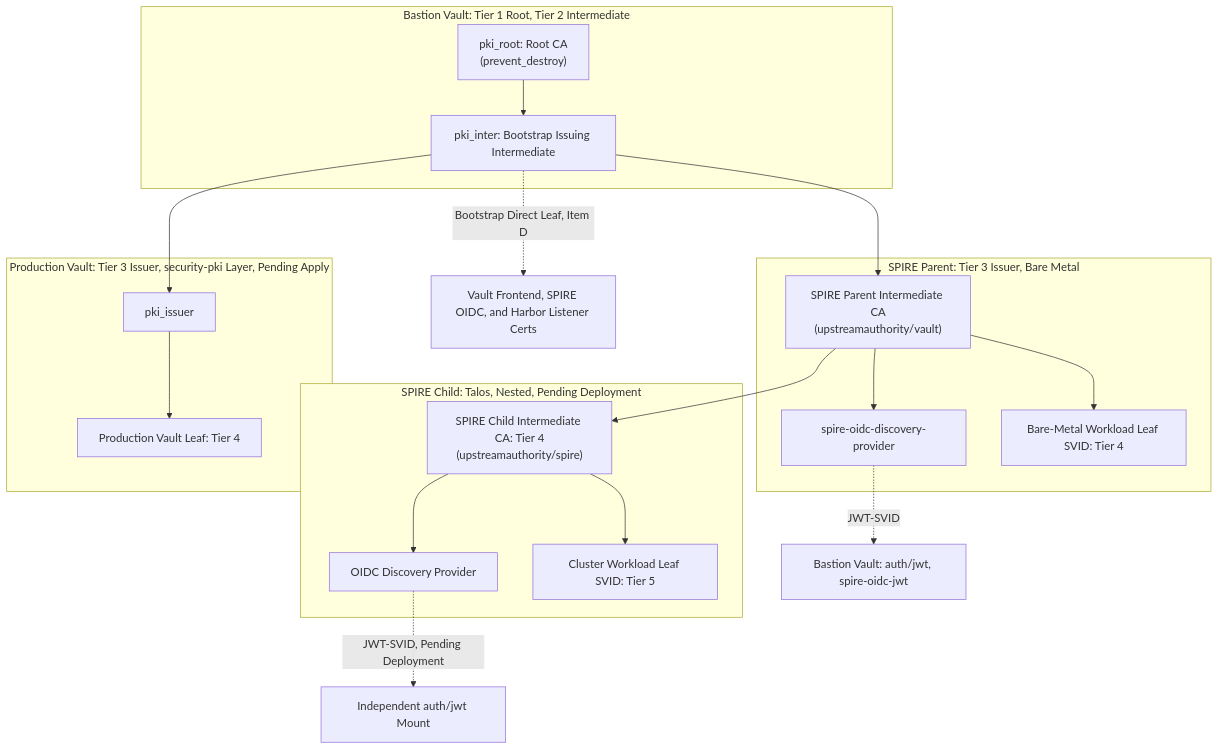
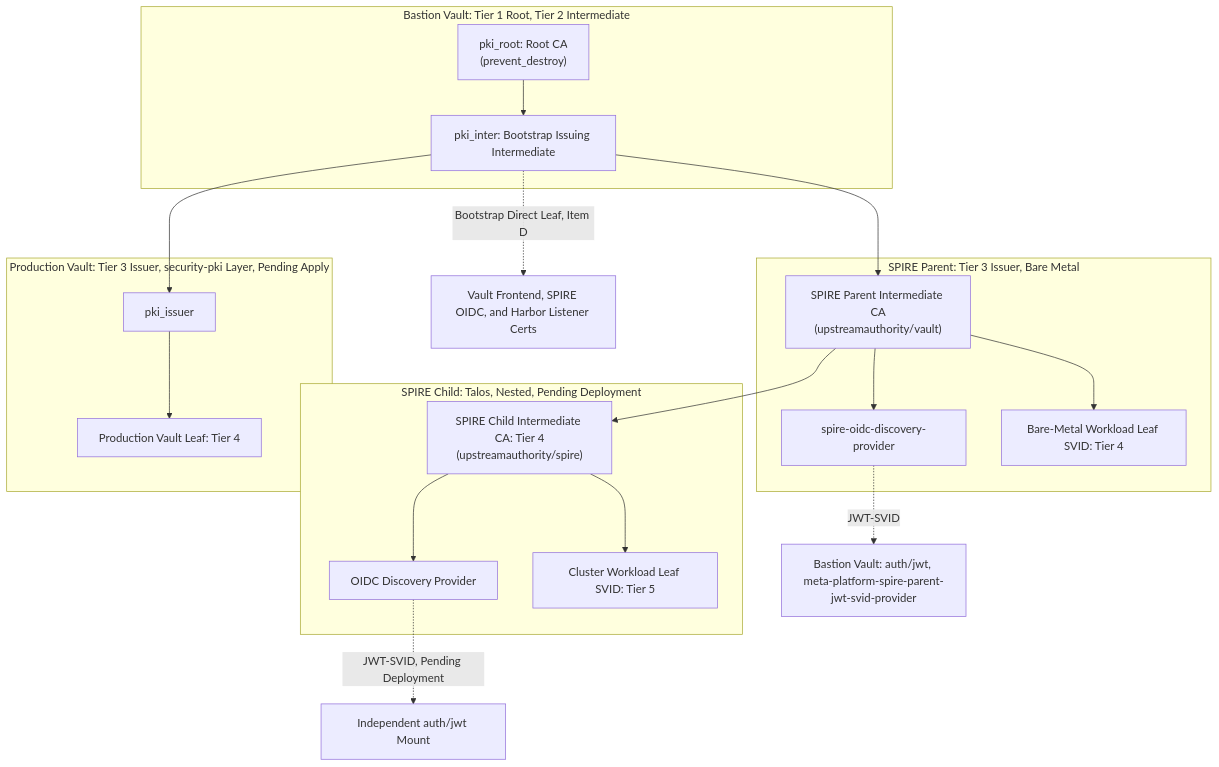
The diagram in documentation/architecture/platform-spire-parent-frontend.md (csning1998/meta-platform), drawn with Mermaid before and after one commit. The commit also changed other lines of this file and 76 other files, not shown here.

````diff
--- a/documentation/architecture/platform-spire-parent-frontend.md
+++ b/documentation/architecture/platform-spire-parent-frontend.md
@@ -56,37 +56,37 @@
 ```mermaid
 flowchart TD
     subgraph BASTION ["Bastion Vault: Tier 1 Root, Tier 2 Intermediate"]
         ROOT["pki_root: Root CA\n(prevent_destroy)"]
         INTER["pki_inter: Bootstrap Issuing Intermediate"]
     end
 
     subgraph PARENT ["SPIRE Parent: Tier 3 Issuer, Bare Metal"]
         PARENT_CA["SPIRE Parent Intermediate CA\n(upstreamauthority/vault)"]
         PARENT_OIDC["spire-oidc-discovery-provider"]
         PARENT_SVID["Bare-Metal Workload Leaf SVID: Tier 4"]
     end
 
     subgraph CHILD ["SPIRE Child: Talos, Nested, Pending Deployment"]
         CHILD_CA["SPIRE Child Intermediate CA: Tier 4\n(upstreamauthority/spire)"]
         CHILD_OIDC["OIDC Discovery Provider"]
         CHILD_SVID["Cluster Workload Leaf SVID: Tier 5"]
     end
 
     subgraph PRODVAULT ["Production Vault: Tier 3 Issuer, security-pki Layer, Pending Apply"]
         PROD_ISSUER["pki_issuer"]
         PROD_LEAF["Production Vault Leaf: Tier 4"]
     end
 
     ROOT --> INTER
     INTER --> PARENT_CA
     INTER --> PROD_ISSUER
     PROD_ISSUER --> PROD_LEAF
     PARENT_CA --> CHILD_CA
     PARENT_CA --> PARENT_SVID
     CHILD_CA --> CHILD_SVID
     PARENT_CA --> PARENT_OIDC
     CHILD_CA --> CHILD_OIDC
-    PARENT_OIDC -.->|JWT-SVID| BASTION_JWT["Bastion Vault: auth/jwt, spire-oidc-jwt"]
+    PARENT_OIDC -.->|JWT-SVID| BASTION_JWT["Bastion Vault: auth/jwt, meta-platform-spire-parent-jwt-svid-provider"]
     CHILD_OIDC -.->|JWT-SVID, Pending Deployment| CHILD_JWT["Independent auth/jwt Mount"]
     INTER -.->|Bootstrap Direct Leaf, Item D| BOOTSTRAP_LEAF["Vault Frontend, SPIRE OIDC, and Harbor Listener Certs"]
 ```
````
